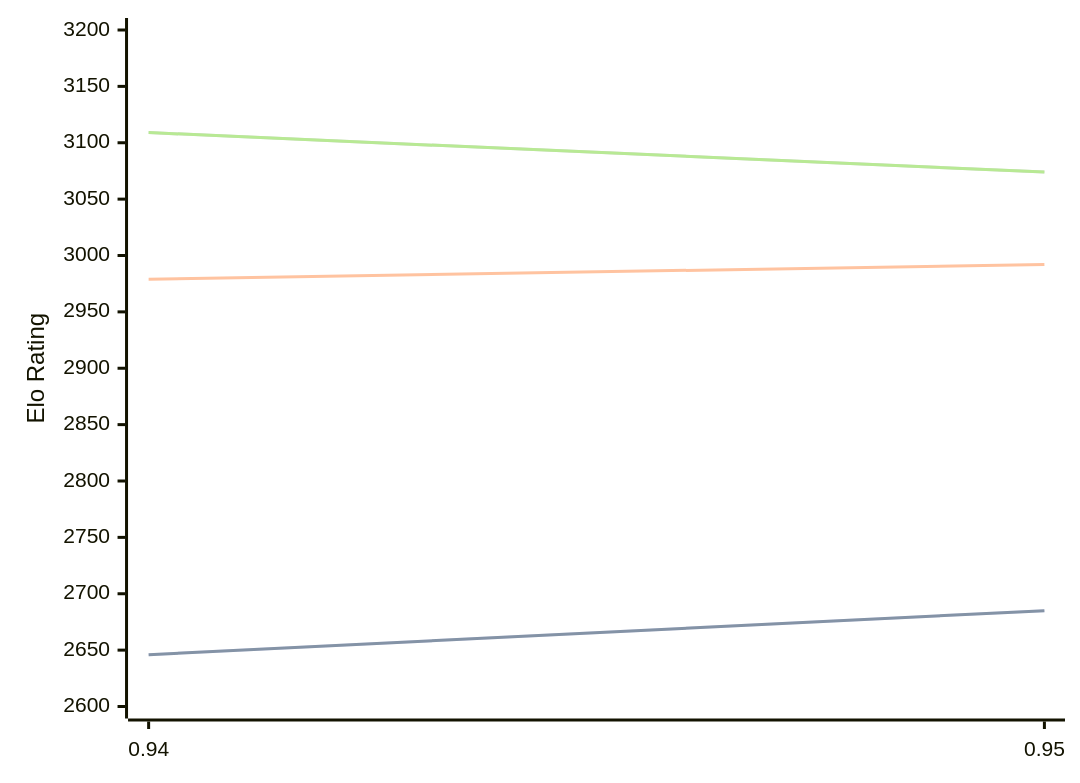
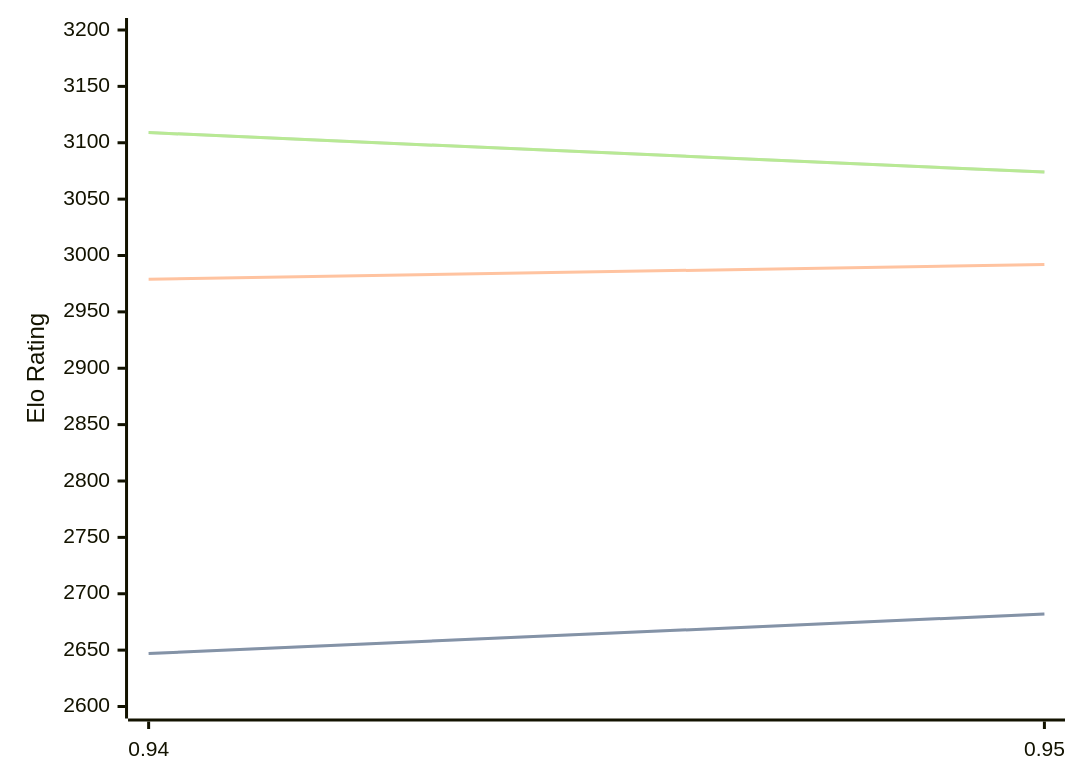
The diagram in engines/Myrddin.md (computer-chess-index/cci), drawn with Mermaid before and after one commit. The commit also changed other lines of this file, not shown here.

````diff
--- a/engines/Myrddin.md
+++ b/engines/Myrddin.md
@@ -37,11 +37,11 @@
 ```mermaid
 %%{init: {"theme":"base","themeVariables":{"seriesColors:['#a3a3a3','#222221','#faa371']}}}%%
 xychart-beta
   x-axis ["0.94", "0.95"]
   y-axis "Elo Rating" 2600 --> 3200
-  line "STC (8.0+0.08s)" [2646, 2685]
-  line "STC (8.0+0.08s)" [2646, 2685]
+  line "STC (8.0+0.08s)" [2647, 2682]
+  line "STC (8.0+0.08s)" [2647, 2682]
   line "LTC (60.0+0.60s)" [2979, 2992]
   line "VLTC (2m24s+1.12s)" [3109, 3074]
   line "VLTC (2m24s+1.12s)" [3109, 3074]
 ```
````
